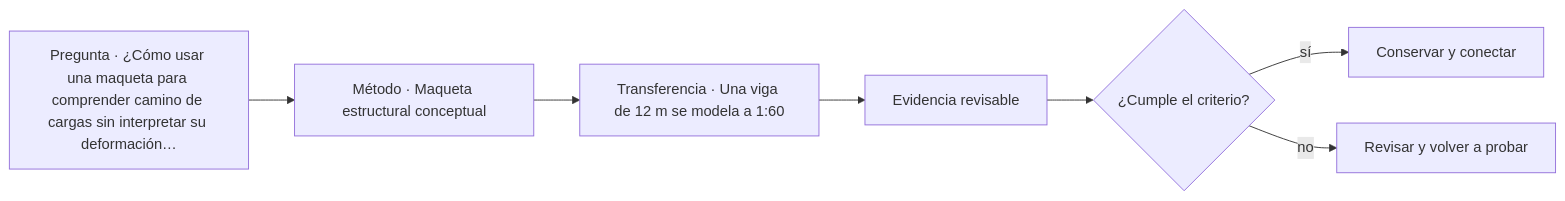
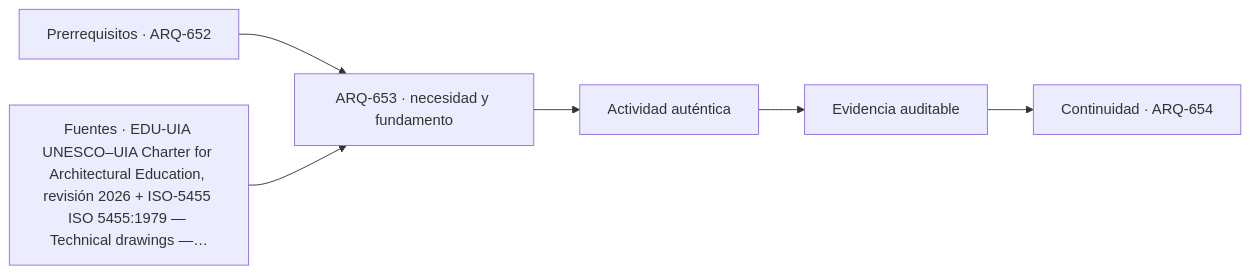
One commit to vladimiracunadev-create/architecture-built-environment-learning-program changed the diagram in classes/parte-66/ARQ-653.md. Above: the diagram before and after it, drawn with Mermaid. The commit also changed other lines of this file and 761 other files, not shown here.

````diff
--- a/classes/parte-66/ARQ-653.md
+++ b/classes/parte-66/ARQ-653.md
@@ -66,9 +78,8 @@
 ```mermaid
 flowchart LR
-    Q["Pregunta · ¿Cómo usar una maqueta para comprender camino de cargas sin interpretar su deformación…"] --> M["Método · Maqueta estructural conceptual"]
-    M --> P["Transferencia · Una viga de 12 m se modela a 1:60"]
-    P --> E["Evidencia revisable"]
-    E --> C{"¿Cumple el criterio?"}
-    C -->|sí| T["Conservar y conectar"]
-    C -->|no| R["Revisar y volver a probar"]
+    A["Prerrequisitos · ARQ-652"] --> B["ARQ-653 · necesidad y fundamento"]
+    S["Fuentes · EDU-UIA UNESCO–UIA Charter for Architectural Education, revisión 2026 + ISO-5455 ISO 5455:1979 — Technical drawings —…"] --> B
+    B --> C["Actividad auténtica"]
+    C --> D["Evidencia auditable"]
+    D --> E["Continuidad · ARQ-654"]
 ```
````
